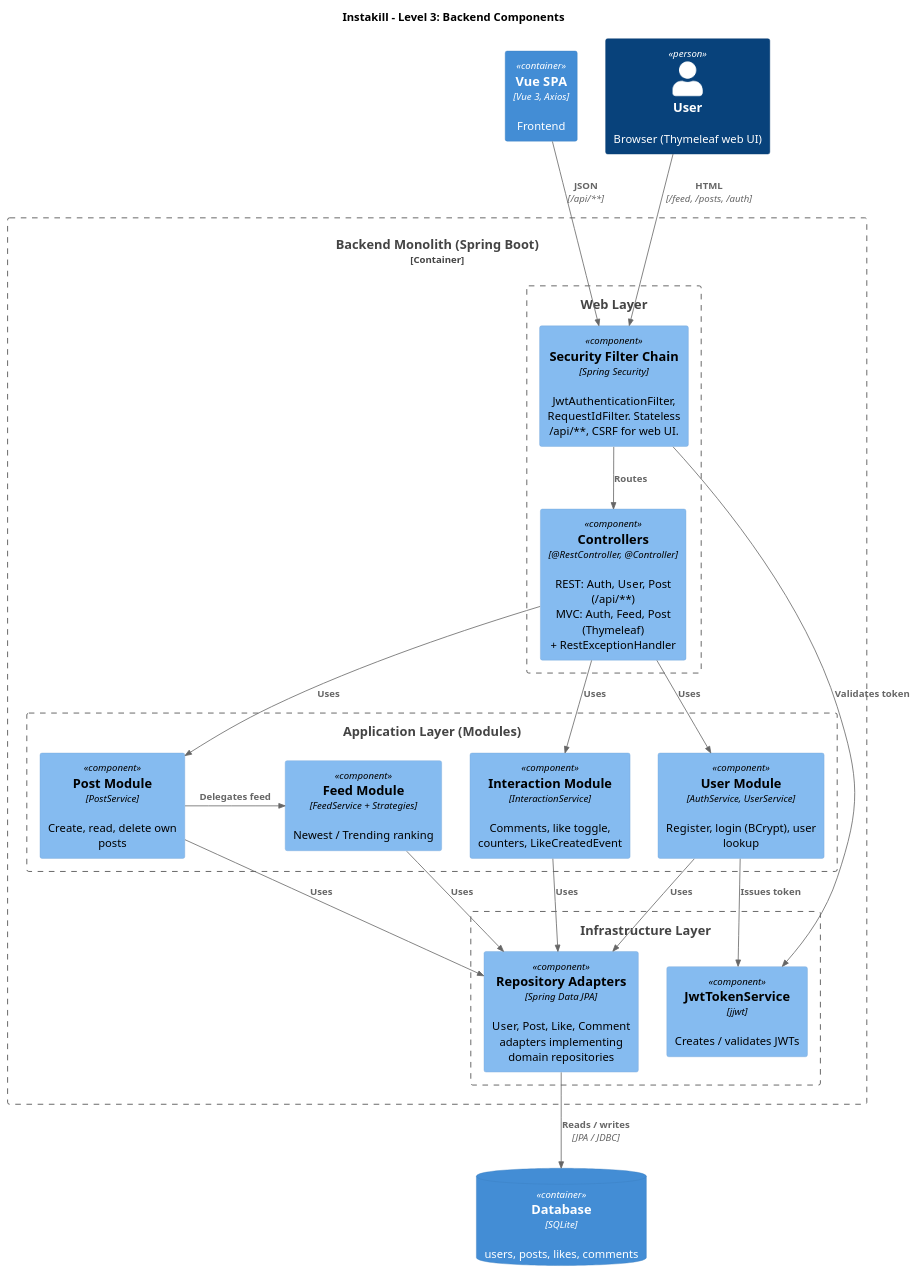
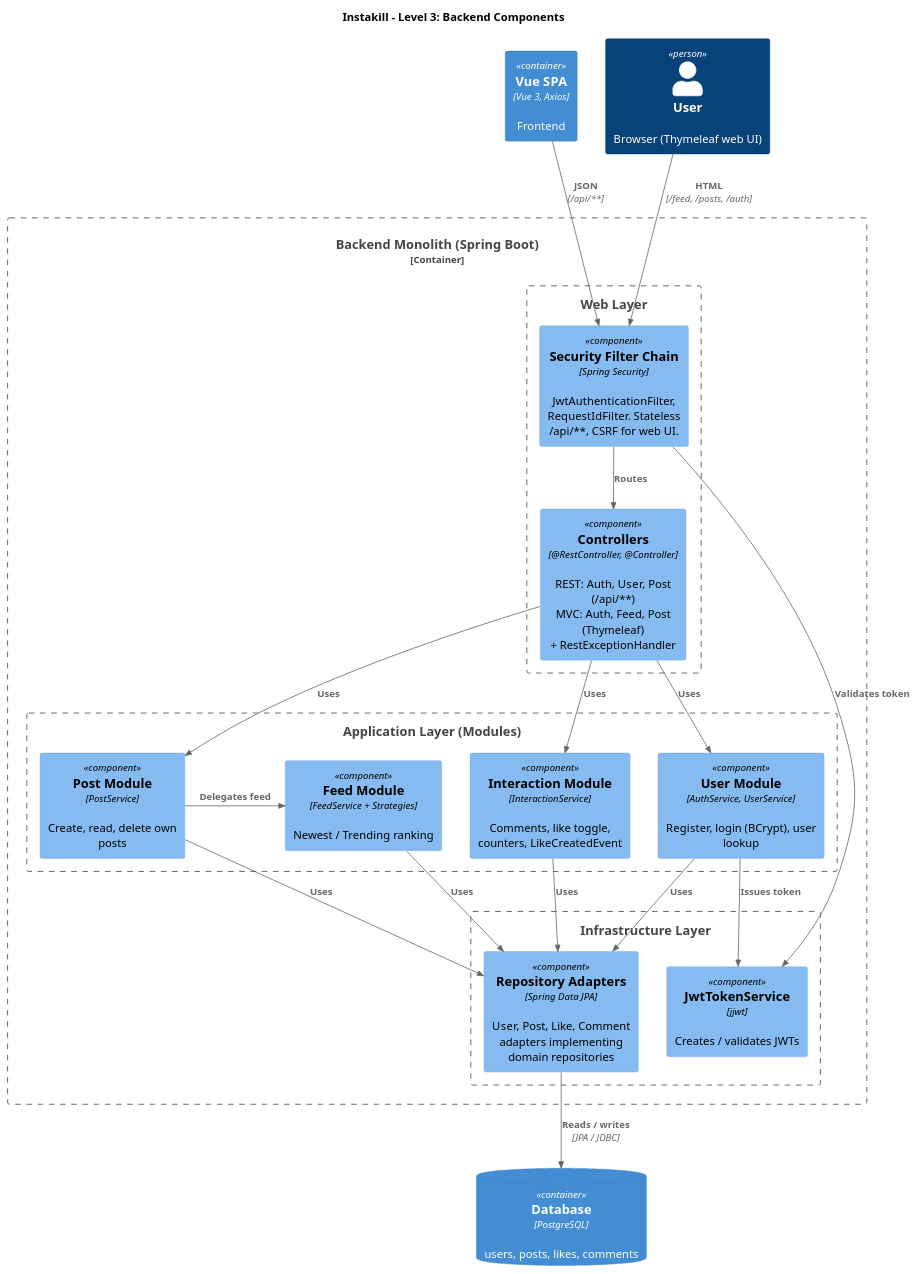
One commit to NaturHuetti/ulbs-instakill changed the diagram in docs/c4/3-component-backend.puml. Above: the diagram before and after it, drawn with PlantUML. The commit also changed 6 other files, not shown here.

First line of the commit message:
Migrate backend from SQLite to PostgreSQL

```diff
--- a/docs/c4/3-component-backend.puml
+++ b/docs/c4/3-component-backend.puml
@@ -1,56 +1,56 @@
 @startuml C4_Level3_Component_Backend
 !include <C4/C4_Component>
 
 LAYOUT_TOP_DOWN()
 
 title Instakill – Level 3: Backend Components
 
 Container(spa, "Vue SPA", "Vue 3, Axios", "Frontend")
 Person(user, "User", "Browser (Thymeleaf web UI)")
 
 Container_Boundary(backend, "Backend Monolith (Spring Boot)") {
 
     Boundary(web, "Web Layer") {
         Component(security, "Security Filter Chain", "Spring Security", "JwtAuthenticationFilter, RequestIdFilter. Stateless /api/**, CSRF for web UI.")
         Component(controllers, "Controllers", "@RestController, @Controller", "REST: Auth, User, Post (/api/**)\nMVC: Auth, Feed, Post (Thymeleaf)\n+ RestExceptionHandler")
     }
 
     Boundary(app, "Application Layer (Modules)") {
         Component(userMod, "User Module", "AuthService, UserService", "Register, login (BCrypt), user lookup")
         Component(postMod, "Post Module", "PostService", "Create, read, delete own posts")
         Component(interMod, "Interaction Module", "InteractionService", "Comments, like toggle, counters, LikeCreatedEvent")
         Component(feedMod, "Feed Module", "FeedService + Strategies", "Newest / Trending ranking")
     }
 
     Boundary(infra, "Infrastructure Layer") {
         Component(jwt, "JwtTokenService", "jjwt", "Creates / validates JWTs")
         Component(repos, "Repository Adapters", "Spring Data JPA", "User, Post, Like, Comment adapters implementing domain repositories")
     }
 }
 
-ContainerDb(db, "Database", "SQLite", "users, posts, likes, comments")
+ContainerDb(db, "Database", "PostgreSQL", "users, posts, likes, comments")
 
 Rel(spa, security, "JSON", "/api/**")
 Rel(user, security, "HTML", "/feed, /posts, /auth")
 
 Rel(security, controllers, "Routes")
 Rel_R(security, jwt, "Validates token")
 
 Rel(controllers, userMod, "Uses")
 Rel(controllers, postMod, "Uses")
 Rel(controllers, interMod, "Uses")
 
 Rel_R(postMod, feedMod, "Delegates feed")
 Rel(userMod, jwt, "Issues token")
 
 Rel(userMod, repos, "Uses")
 Rel(postMod, repos, "Uses")
 Rel(interMod, repos, "Uses")
 Rel(feedMod, repos, "Uses")
 
 Rel(repos, db, "Reads / writes", "JPA / JDBC")
 
 Lay_R(userMod, postMod)
 Lay_R(postMod, feedMod)
 Lay_R(feedMod, interMod)
 @enduml
```
